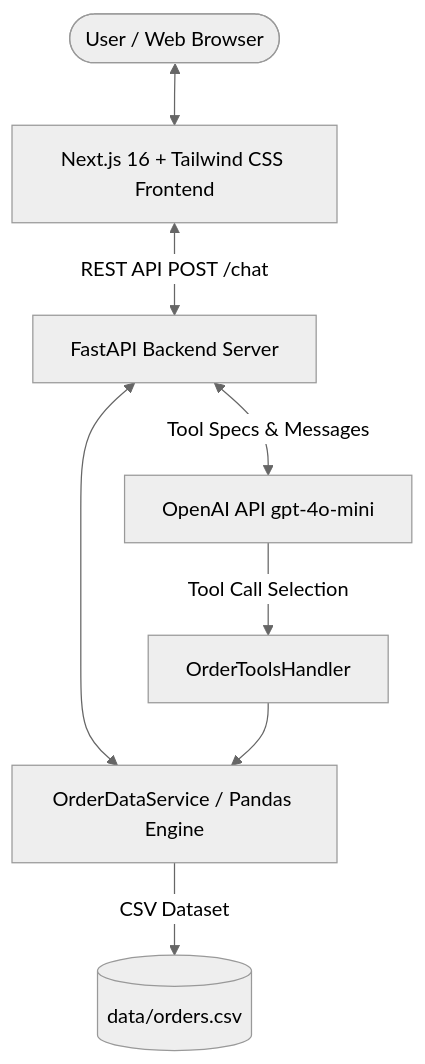
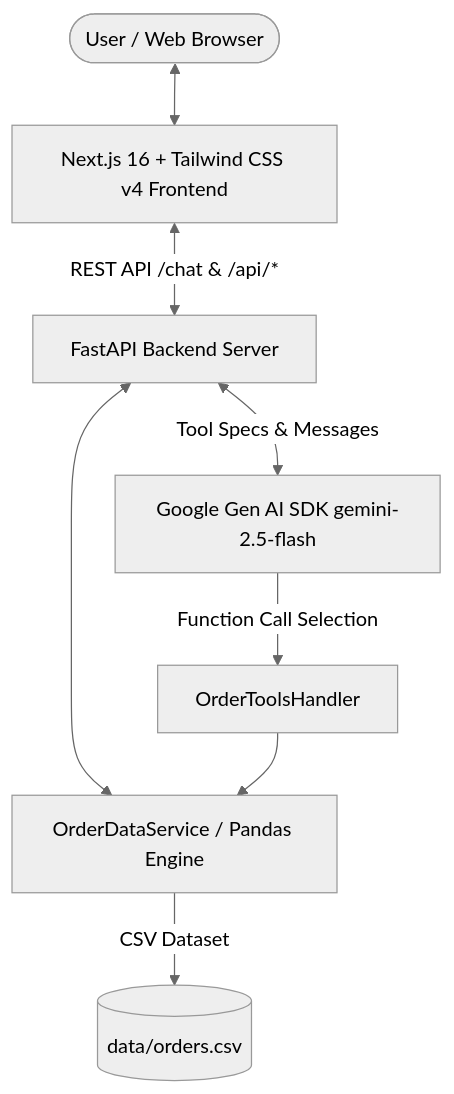
One commit to chxisty/order-assistant changed the diagram in WRITEUP.md. Above: the diagram before and after it, drawn with Mermaid (neutral theme). The commit also changed other lines of this file and 1 other file, not shown here.

````diff
--- a/WRITEUP.md
+++ b/WRITEUP.md
@@ -13,10 +15,10 @@
 ```mermaid
 graph TD
-    User([User / Web Browser]) <--> Frontend[Next.js 16 + Tailwind CSS Frontend]
-    Frontend <-->|REST API POST /chat| Backend[FastAPI Backend Server]
+    User([User / Web Browser]) <--> Frontend[Next.js 16 + Tailwind CSS v4 Frontend]
+    Frontend <-->|REST API /chat & /api/*| Backend[FastAPI Backend Server]
     Backend <--> DataEngine[OrderDataService / Pandas Engine]
-    Backend <-->|Tool Specs & Messages| OpenAI[OpenAI API gpt-4o-mini]
-    OpenAI -->|Tool Call Selection| ToolHandler[OrderToolsHandler]
+    Backend <-->|Tool Specs & Messages| Gemini[Google Gen AI SDK gemini-2.5-flash]
+    Gemini -->|Function Call Selection| ToolHandler[OrderToolsHandler]
     ToolHandler --> DataEngine
     DataEngine -->|CSV Dataset| OrdersCSV[(data/orders.csv)]
 ```
````
